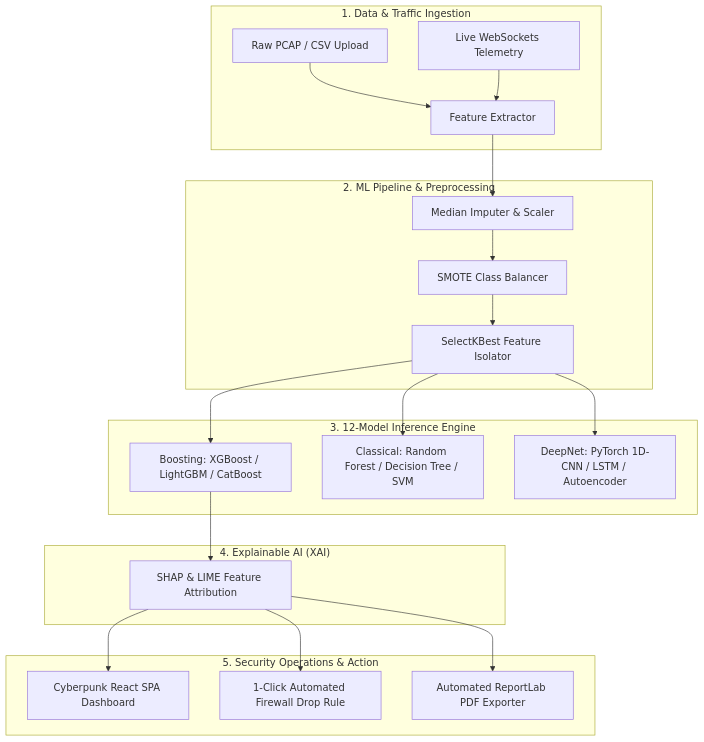
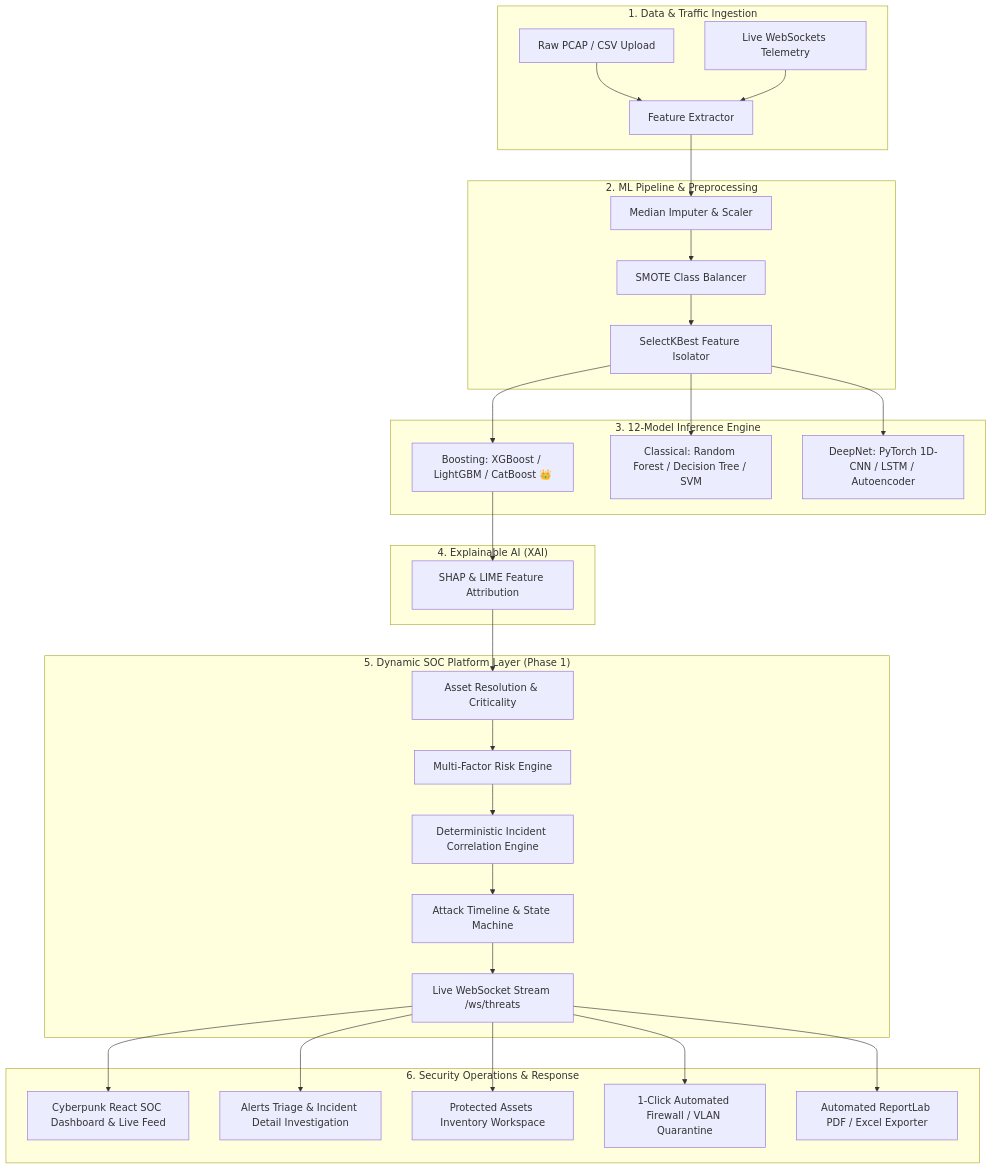
The diagram in README.md (ANURAG20042006/Aegivanta), drawn with Mermaid before and after one commit. The commit also changed other lines of this file, not shown here.

Commit message:
docs: document Phase 1 Advanced Dynamic SOC Platform architecture, features, and verification

````diff
--- a/README.md
+++ b/README.md
@@ -36,29 +55,39 @@
 ```mermaid
 flowchart TB
     subgraph Ingestion ["1. Data & Traffic Ingestion"]
         A[Raw PCAP / CSV Upload] --> C[Feature Extractor]
         B[Live WebSockets Telemetry] --> C
     end
 
     subgraph Preprocessing ["2. ML Pipeline & Preprocessing"]
         C --> D[Median Imputer & Scaler]
         D --> E[SMOTE Class Balancer]
         E --> F[SelectKBest Feature Isolator]
     end
 
     subgraph Inference ["3. 12-Model Inference Engine"]
-        F --> G1[Boosting: XGBoost / LightGBM / CatBoost]
+        F --> G1[Boosting: XGBoost / LightGBM / CatBoost 👑]
         F --> G2[Classical: Random Forest / Decision Tree / SVM]
         F --> G3[DeepNet: PyTorch 1D-CNN / LSTM / Autoencoder]
     end
 
     subgraph Explainability ["4. Explainable AI (XAI)"]
         G1 --> H[SHAP & LIME Feature Attribution]
     end
 
-    subgraph SOC ["5. Security Operations & Action"]
-        H --> I1[Cyberpunk React SPA Dashboard]
-        H --> I2[1-Click Automated Firewall Drop Rule]
-        H --> I3[Automated ReportLab PDF Exporter]
+    subgraph DynamicSOC ["5. Dynamic SOC Platform Layer (Phase 1)"]
+        H --> J1[Asset Resolution & Criticality]
+        J1 --> J2[Multi-Factor Risk Engine]
+        J2 --> J3[Deterministic Incident Correlation Engine]
+        J3 --> J4[Attack Timeline & State Machine]
+        J4 --> J5[Live WebSocket Stream /ws/threats]
+    end
+
+    subgraph SOC ["6. Security Operations & Response"]
+        J5 --> I1[Cyberpunk React SOC Dashboard & Live Feed]
+        J5 --> I2[Alerts Triage & Incident Detail Investigation]
+        J5 --> I3[Protected Assets Inventory Workspace]
+        J5 --> I4[1-Click Automated Firewall / VLAN Quarantine]
+        J5 --> I5[Automated ReportLab PDF / Excel Exporter]
     end
 ```
````
